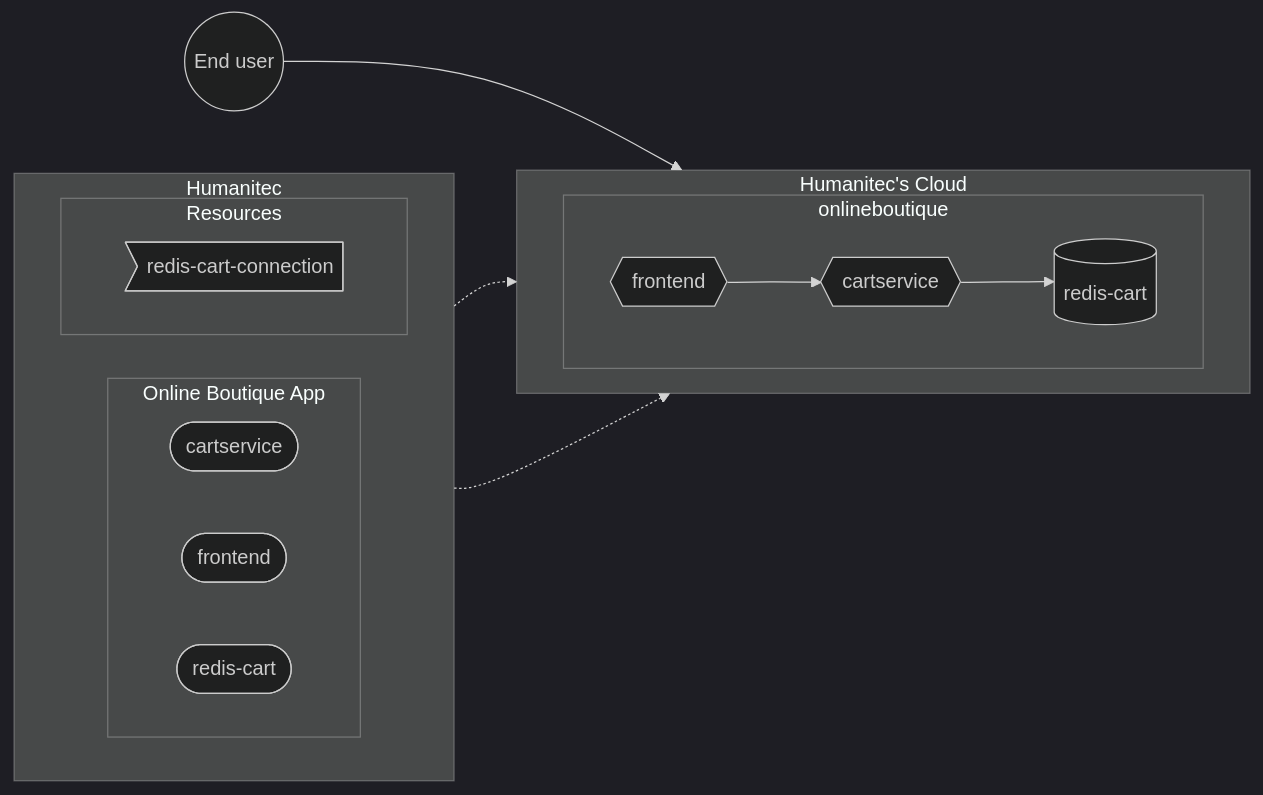
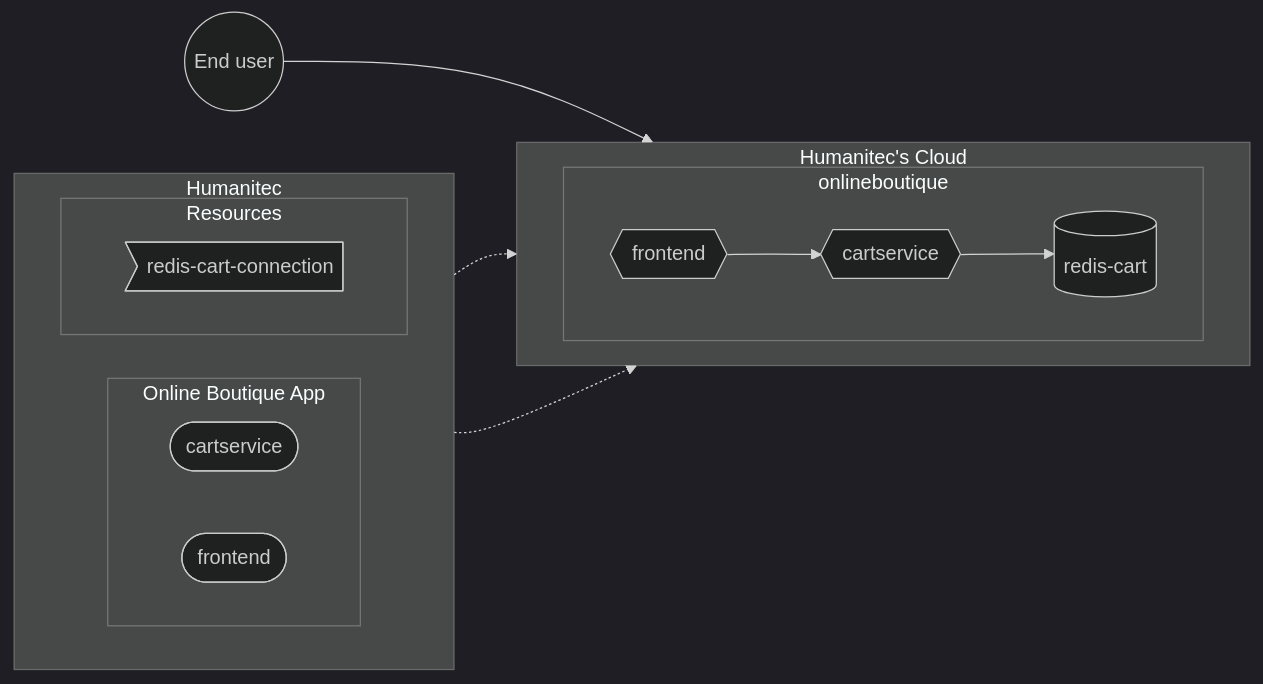
One commit to mathieu-benoit/hello-humanitec changed the diagram in docs/humanitec-default.md. Above: the diagram before and after it, drawn with Mermaid (dark theme).

````diff
--- a/docs/humanitec-default.md
+++ b/docs/humanitec-default.md
@@ -11,25 +11,24 @@
 ```mermaid
 flowchart LR
   subgraph Humanitec
     direction LR
     subgraph onlineboutique-app [Online Boutique App]
         direction LR
         cartservice-workload([cartservice])
         frontend-workload([frontend])
-        redis-cart-workload([redis-cart])
     end
     subgraph Resources
         redis-cart-connection>redis-cart-connection]
     end
   end
   subgraph cloud [Humanitec's Cloud]
       direction LR
       subgraph onlineboutique
           frontend{{frontend}}-->cartservice{{cartservice}}
           cartservice-->redis-cart-db[(redis-cart)]
       end
   end
   onlineboutique-app-.->onlineboutique
   redis-cart-connection-.->redis-cart-db
   enduser((End user))-->frontend
 ```
````
